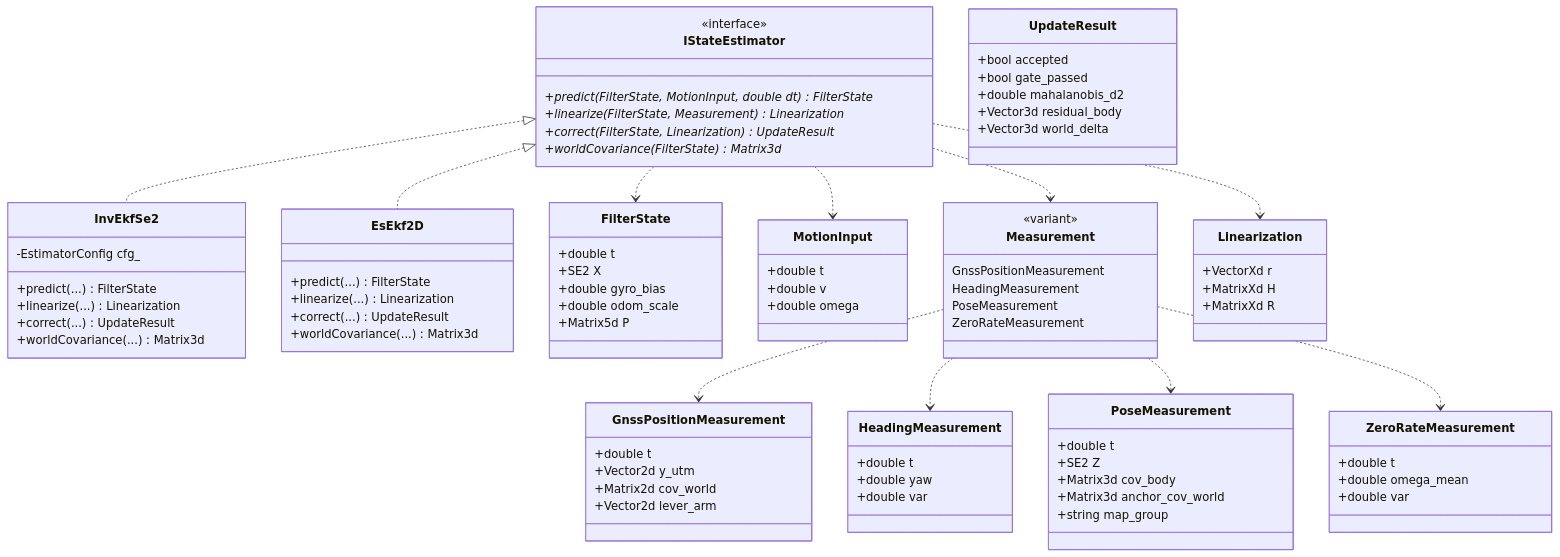
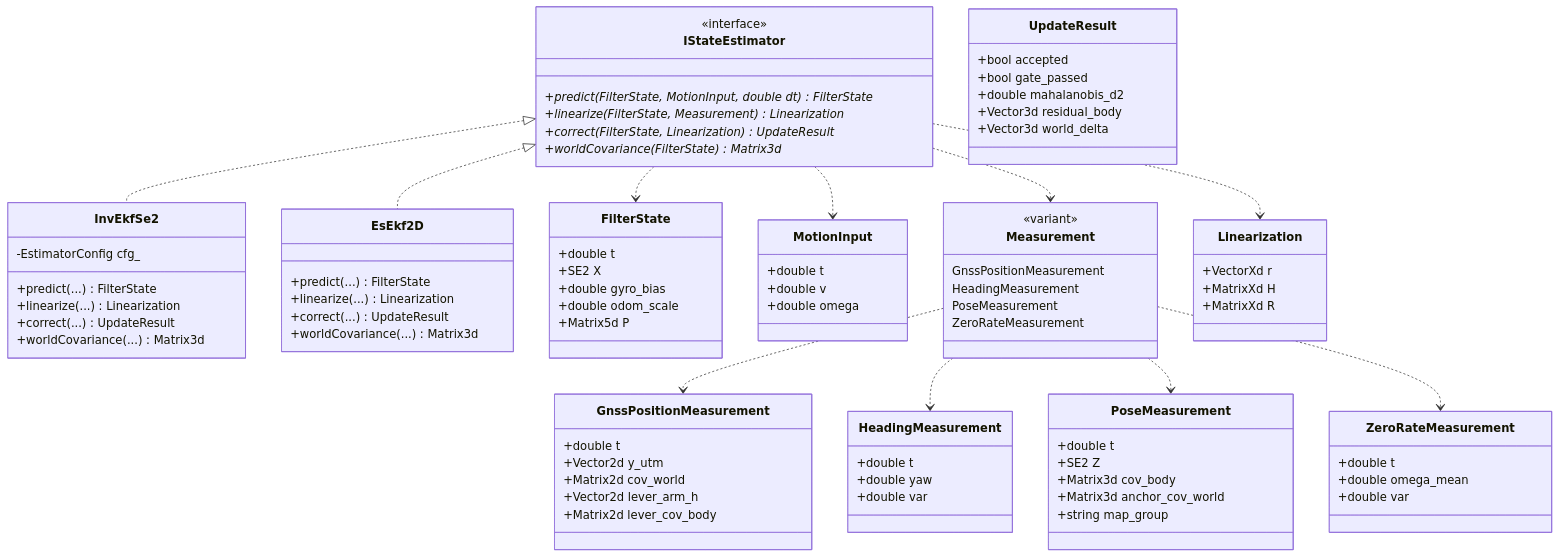
One commit to mamoru1126/gnss_and_lidar_localization changed the fifth of 14 diagrams in docs/architecture.md. Above: the diagram before and after it, drawn with Mermaid. The commit also changed other lines of this file and 2 other files, not shown here.

```diff
--- a/docs/architecture.md
+++ b/docs/architecture.md
@@ -381,7 +381,8 @@
     +double t
     +Vector2d y_utm
     +Matrix2d cov_world
-    +Vector2d lever_arm
+    +Vector2d lever_arm_h
+    +Matrix2d lever_cov_body
   }
   class HeadingMeasurement {
     +double t
```
